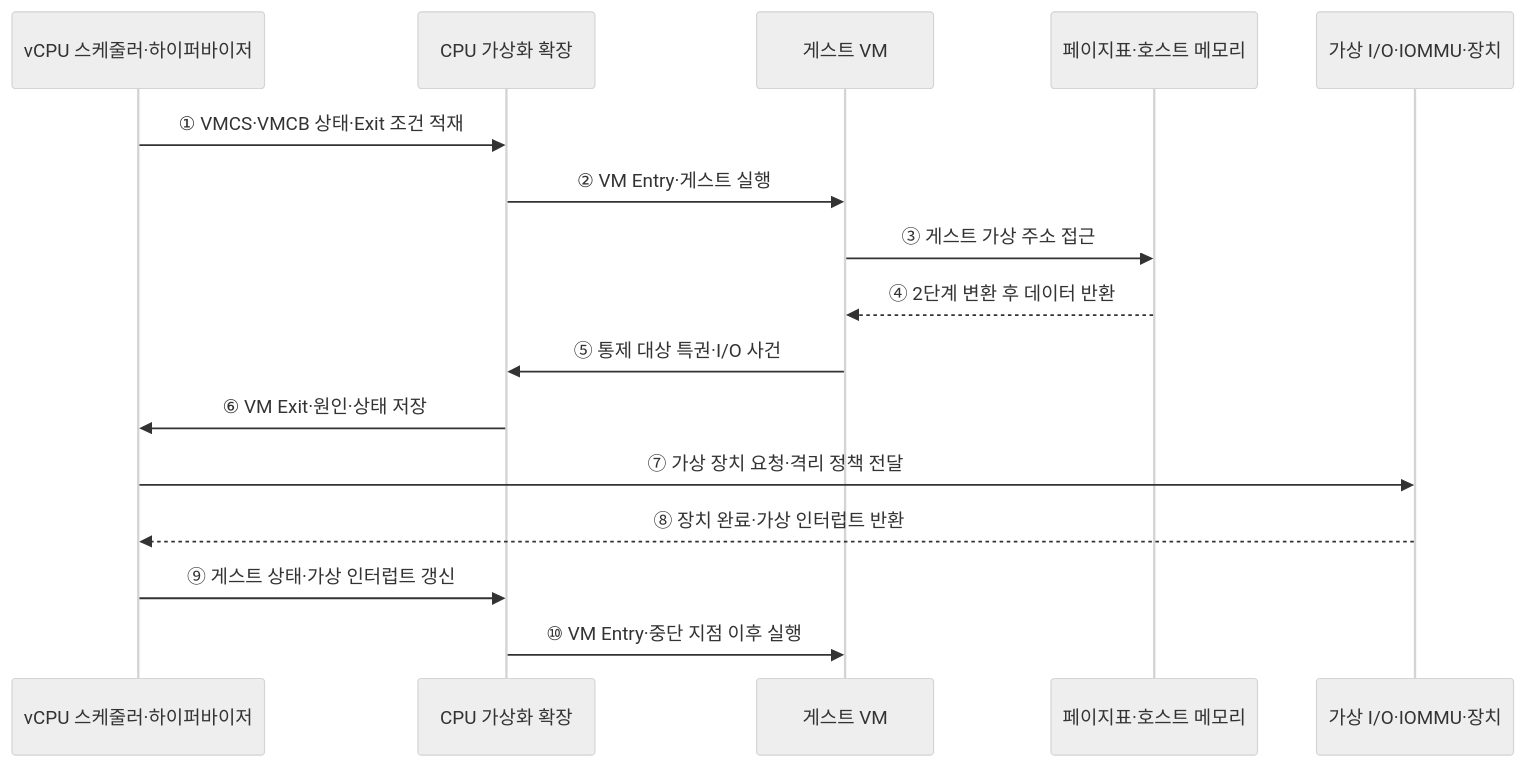
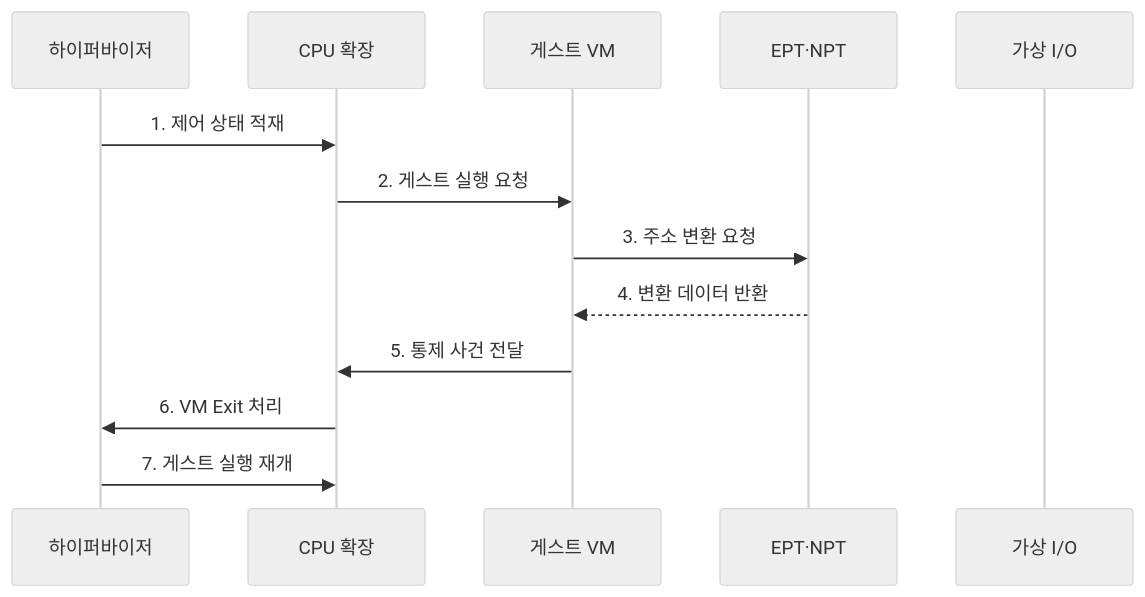
The second of 2 diagrams in src/content/docs/notes/02-hardware/085_hardware_virtualization.md (agnusdei1207/knowledge-base), drawn with Mermaid (neutral theme) before and after one commit. The commit also changed other lines of this file and 20 other files, not shown here.

````diff
--- a/src/content/docs/notes/02-hardware/085_hardware_virtualization.md
+++ b/src/content/docs/notes/02-hardware/085_hardware_virtualization.md
@@ -99,19 +98,15 @@
 ```mermaid
 sequenceDiagram
-    participant S as vCPU 스케줄러·하이퍼바이저
-    participant C as CPU 가상화 확장
+    participant H as 하이퍼바이저
+    participant C as CPU 확장
     participant G as 게스트 VM
-    participant M as 페이지표·호스트 메모리
-    participant I as 가상 I/O·IOMMU·장치
-
-    S->>C: ① VMCS·VMCB 상태·Exit 조건 적재
-    C->>G: ② VM Entry·게스트 실행
-    G->>M: ③ 게스트 가상 주소 접근
-    M-->>G: ④ 2단계 변환 후 데이터 반환
-    G->>C: ⑤ 통제 대상 특권·I/O 사건
-    C->>S: ⑥ VM Exit·원인·상태 저장
-    S->>I: ⑦ 가상 장치 요청·격리 정책 전달
-    I-->>S: ⑧ 장치 완료·가상 인터럽트 반환
-    S->>C: ⑨ 게스트 상태·가상 인터럽트 갱신
-    C->>G: ⑩ VM Entry·중단 지점 이후 실행
+    participant M as EPT·NPT
+    participant I as 가상 I/O
+    H->>C: 1. 제어 상태 적재
+    C->>G: 2. 게스트 실행 요청
+    G->>M: 3. 주소 변환 요청
+    M-->>G: 4. 변환 데이터 반환
+    G->>C: 5. 통제 사건 전달
+    C->>H: 6. VM Exit 처리
+    H->>C: 7. 게스트 실행 재개
 ```
````
